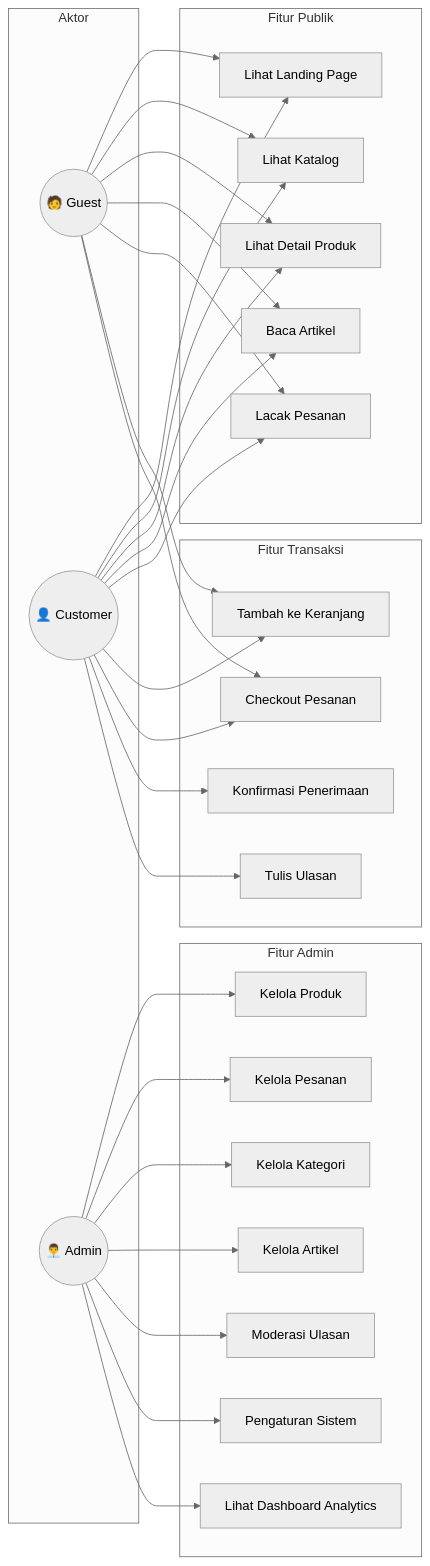
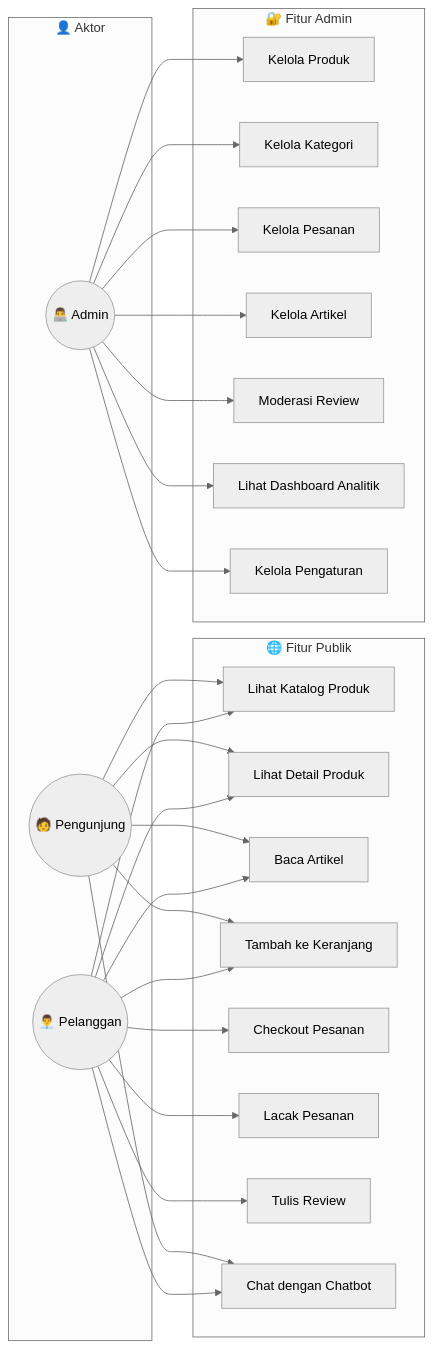
The third of 8 diagrams in docs/DESIGN.md (mustarisyahding07-spec/WEBSITE_SKRIPSI_MUSTARI), drawn with Mermaid (neutral theme) before and after one commit. The commit also changed other lines of this file and 7 other files, not shown here.

````diff
--- a/docs/DESIGN.md
+++ b/docs/DESIGN.md
@@ -142,59 +178,52 @@
 ```mermaid
 graph LR
-    subgraph Aktor
-        Guest(("🧑 Guest"))
-        Customer(("👤 Customer"))
-        Admin(("👨‍💼 Admin"))
+    subgraph "👤 Aktor"
+        Guest((🧑 Pengunjung))
+        Customer((👨‍💼 Pelanggan))
+        Admin((👨‍💻 Admin))
     end
-
-    subgraph "Fitur Publik"
-        UC1["Lihat Landing Page"]
-        UC2["Lihat Katalog"]
-        UC3["Lihat Detail Produk"]
-        UC4["Baca Artikel"]
-        UC5["Lacak Pesanan"]
+    
+    subgraph "🌐 Fitur Publik"
+        UC1[Lihat Katalog Produk]
+        UC2[Lihat Detail Produk]
+        UC3[Baca Artikel]
+        UC4[Tambah ke Keranjang]
+        UC5[Checkout Pesanan]
+        UC6[Lacak Pesanan]
+        UC7[Tulis Review]
+        UC8[Chat dengan Chatbot]
     end
-
-    subgraph "Fitur Transaksi"
-        UC6["Tambah ke Keranjang"]
-        UC7["Checkout Pesanan"]
-        UC8["Konfirmasi Penerimaan"]
-        UC9["Tulis Ulasan"]
+    
+    subgraph "🔐 Fitur Admin"
+        UC9[Kelola Produk]
+        UC10[Kelola Kategori]
+        UC11[Kelola Pesanan]
+        UC12[Kelola Artikel]
+        UC13[Moderasi Review]
+        UC14[Lihat Dashboard Analitik]
+        UC15[Kelola Pengaturan]
     end
-
-    subgraph "Fitur Admin"
-        UC10["Kelola Produk"]
-        UC11["Kelola Pesanan"]
-        UC12["Kelola Kategori"]
-        UC13["Kelola Artikel"]
-        UC14["Moderasi Ulasan"]
-        UC15["Pengaturan Sistem"]
-        UC16["Lihat Dashboard Analytics"]
-    end
-
+    
     Guest --> UC1
     Guest --> UC2
     Guest --> UC3
     Guest --> UC4
-    Guest --> UC5
-    Guest --> UC6
-    Guest --> UC7
-
+    Guest --> UC8
+    
     Customer --> UC1
     Customer --> UC2
     Customer --> UC3
     Customer --> UC4
     Customer --> UC5
     Customer --> UC6
     Customer --> UC7
     Customer --> UC8
-    Customer --> UC9
-
+    
+    Admin --> UC9
     Admin --> UC10
     Admin --> UC11
     Admin --> UC12
     Admin --> UC13
     Admin --> UC14
     Admin --> UC15
-    Admin --> UC16
 ```
````
